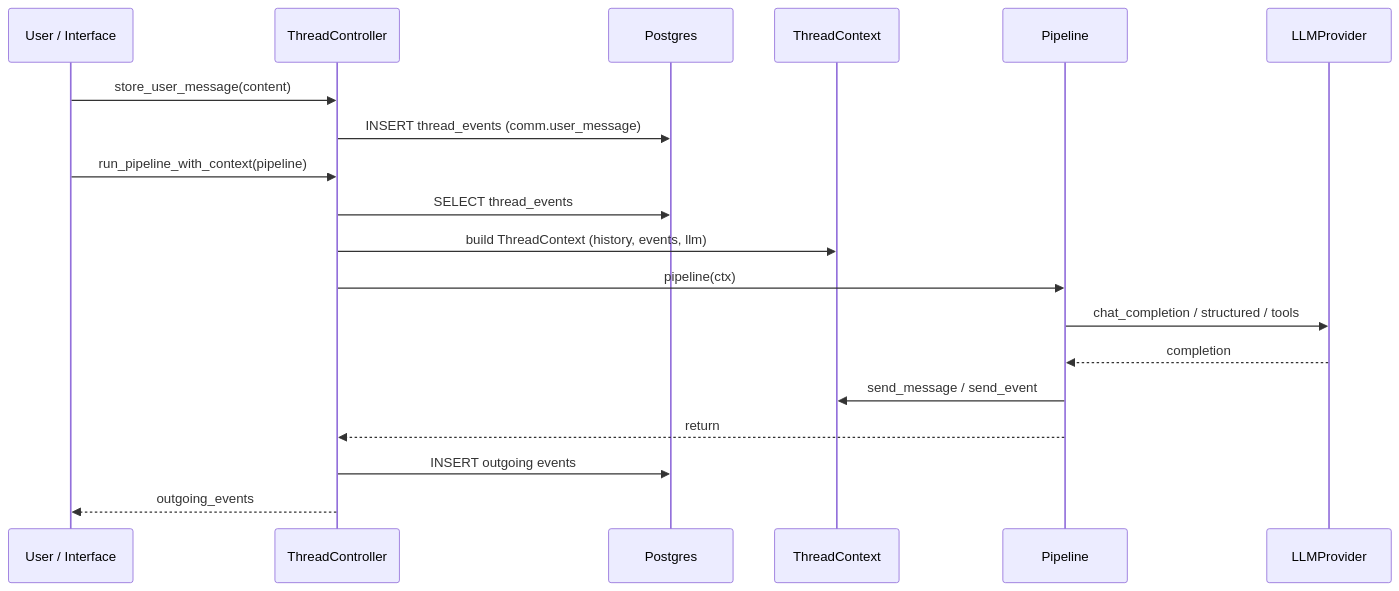
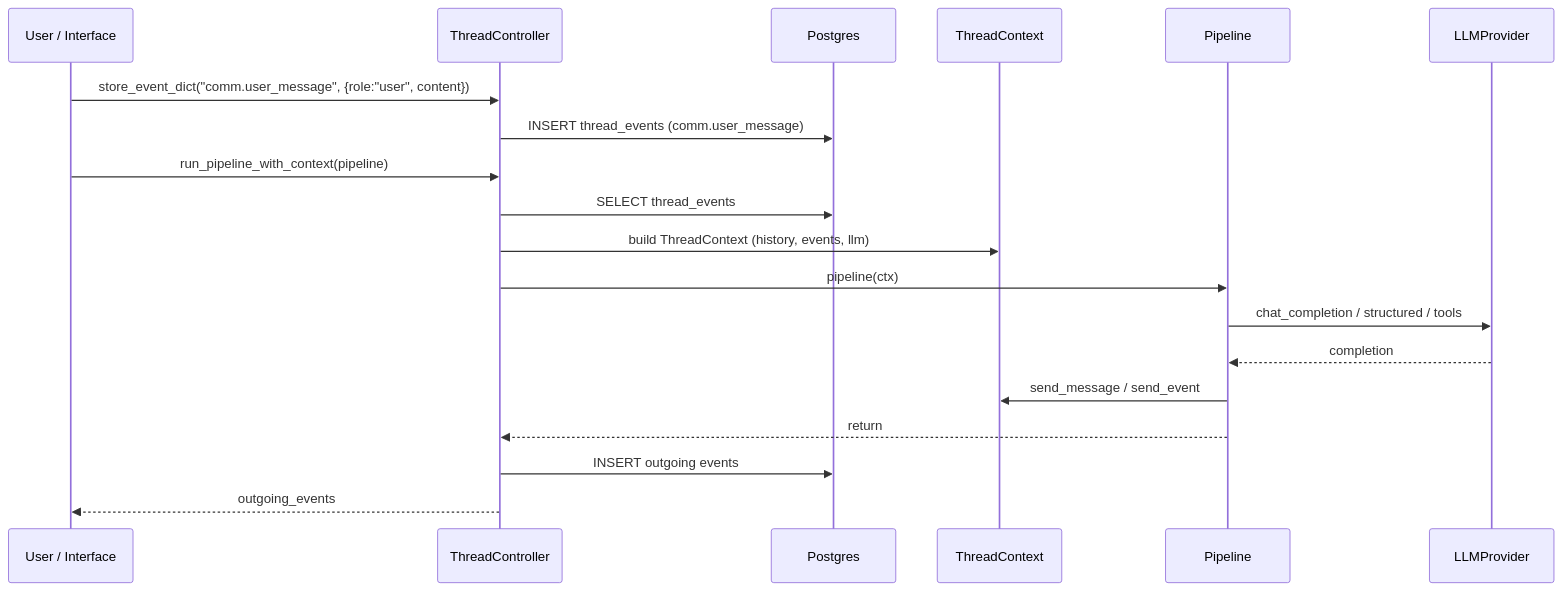
Before and after one commit to epoch8/vedana.tech: the second of 2 diagrams in src/content/docs/architecture/jims-core.md, drawn with Mermaid. The commit also changed other lines of this file and 22 other files, not shown here.

````diff
--- a/src/content/docs/architecture/jims-core.md
+++ b/src/content/docs/architecture/jims-core.md
@@ -73,22 +73,22 @@
 ```mermaid
 sequenceDiagram
     participant U as User / Interface
     participant TC as ThreadController
     participant DB as Postgres
     participant CTX as ThreadContext
     participant P as Pipeline
     participant LLM as LLMProvider
 
-    U->>TC: store_user_message(content)
+    U->>TC: store_event_dict("comm.user_message", {role:"user", content})
     TC->>DB: INSERT thread_events (comm.user_message)
     U->>TC: run_pipeline_with_context(pipeline)
     TC->>DB: SELECT thread_events
     TC->>CTX: build ThreadContext (history, events, llm)
     TC->>P: pipeline(ctx)
     P->>LLM: chat_completion / structured / tools
     LLM-->>P: completion
     P->>CTX: send_message / send_event
     P-->>TC: return
     TC->>DB: INSERT outgoing events
     TC-->>U: outgoing_events
 ```
````
